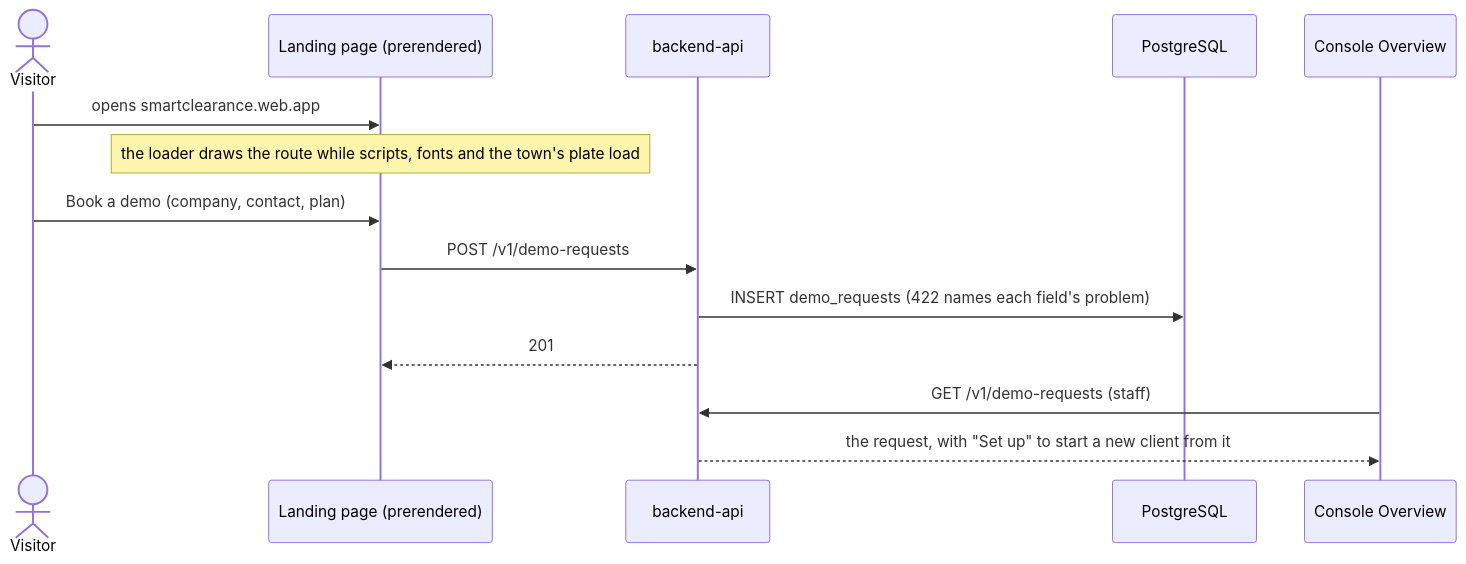
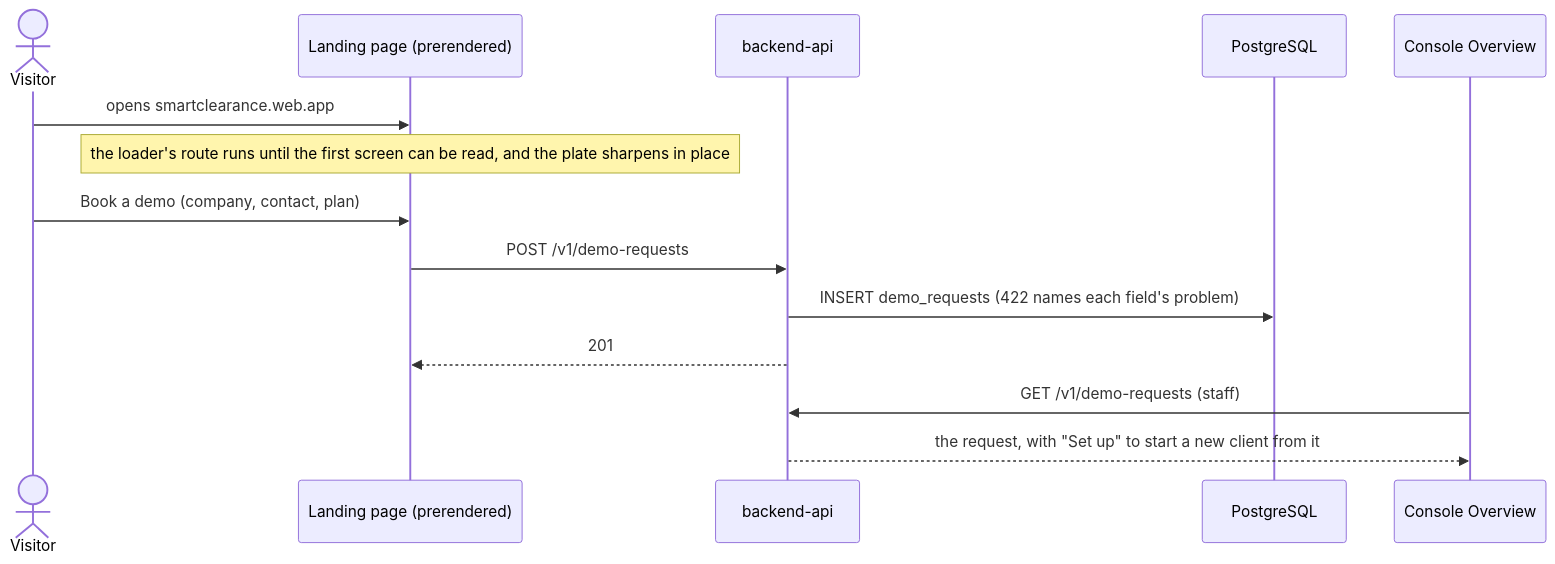
The tenth of 15 diagrams in ARCHITECTURE.md (aibuilder2026/smart-clearance), drawn with Mermaid before and after one commit. The commit also changed other lines of this file and 45 other files, not shown here.

Commit message:
SC-131: option B, the route runs: the console's splash and the landing page's loader paint with the first bytes, carry the wait on the mark, and never cry wolf on a slow line

````diff
--- a/ARCHITECTURE.md
+++ b/ARCHITECTURE.md
@@ -563,17 +563,17 @@
 ```mermaid
 sequenceDiagram
   actor V as Visitor
   participant L as Landing page (prerendered)
   participant A as backend-api
   participant D as PostgreSQL
   participant C as Console Overview
 
   V->>L: opens smartclearance.web.app
-  Note over L: the loader draws the route while scripts, fonts and the town's plate load
+  Note over L: the loader's route runs until the first screen can be read, and the plate sharpens in place
   V->>L: Book a demo (company, contact, plan)
   L->>A: POST /v1/demo-requests
   A->>D: INSERT demo_requests (422 names each field's problem)
   A-->>L: 201
   C->>A: GET /v1/demo-requests (staff)
   A-->>C: the request, with "Set up" to start a new client from it
 ```
````
